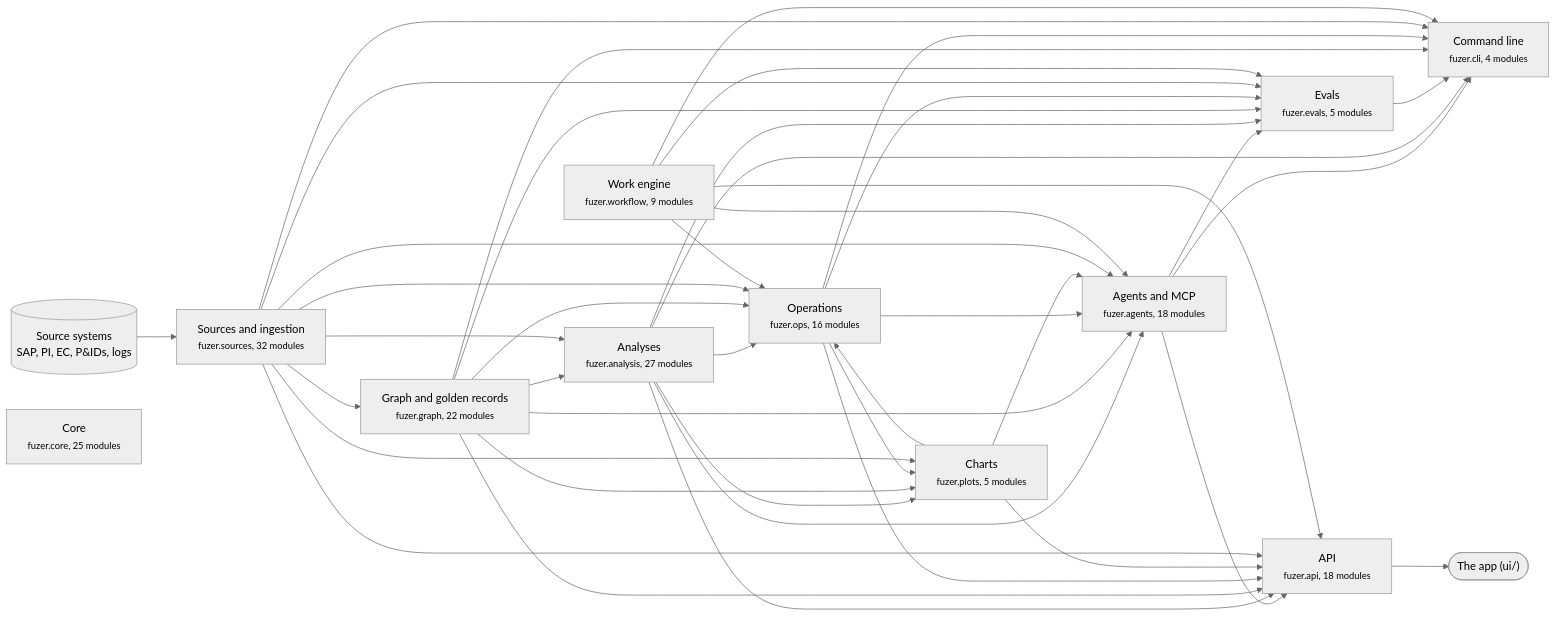
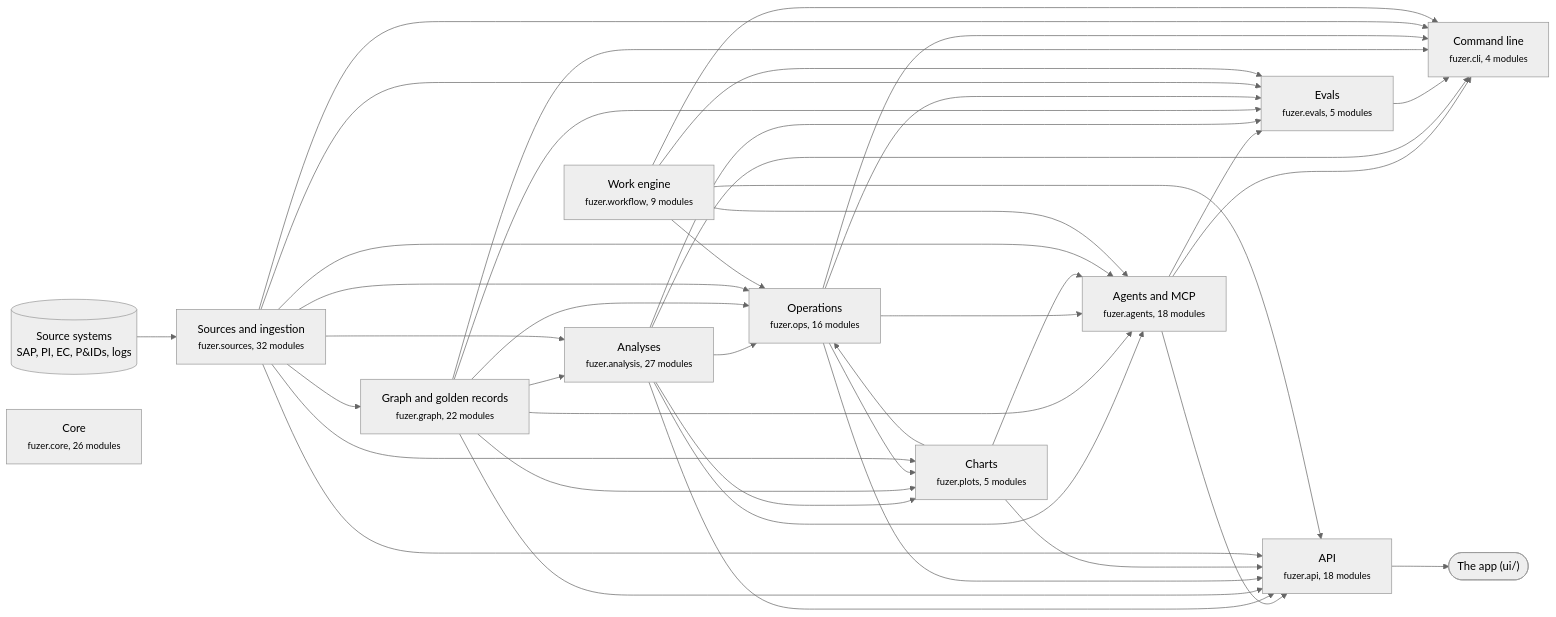
The first of 3 diagrams in docs/architecture.md (areed145/fuzer), drawn with Mermaid (neutral theme) before and after one commit. The commit also changed other lines of this file and 17 other files, not shown here.

````diff
--- a/docs/architecture.md
+++ b/docs/architecture.md
@@ -8,66 +8,66 @@
 ```mermaid
 flowchart LR
   systems[("Source systems<br>SAP, PI, EC, P&IDs, logs")] --> c_sources
   app(["The app (ui/)"])
   c_api --> app
   c_sources["Sources and ingestion<br><small>fuzer.sources, 32 modules</small>"]
   c_graph["Graph and golden records<br><small>fuzer.graph, 22 modules</small>"]
   c_analysis["Analyses<br><small>fuzer.analysis, 27 modules</small>"]
   c_ops["Operations<br><small>fuzer.ops, 16 modules</small>"]
   c_plots["Charts<br><small>fuzer.plots, 5 modules</small>"]
   c_workflow["Work engine<br><small>fuzer.workflow, 9 modules</small>"]
   c_agents["Agents and MCP<br><small>fuzer.agents, 18 modules</small>"]
   c_evals["Evals<br><small>fuzer.evals, 5 modules</small>"]
   c_api["API<br><small>fuzer.api, 18 modules</small>"]
   c_cli["Command line<br><small>fuzer.cli, 4 modules</small>"]
-  c_core["Core<br><small>fuzer.core, 25 modules</small>"]
+  c_core["Core<br><small>fuzer.core, 26 modules</small>"]
   c_sources --> c_graph
   c_graph --> c_analysis
   c_sources --> c_analysis
   c_analysis --> c_ops
   c_graph --> c_ops
   c_plots --> c_ops
   c_sources --> c_ops
   c_workflow --> c_ops
   c_analysis --> c_plots
   c_graph --> c_plots
   c_ops --> c_plots
   c_sources --> c_plots
   c_analysis --> c_agents
   c_graph --> c_agents
   c_ops --> c_agents
   c_plots --> c_agents
   c_sources --> c_agents
   c_workflow --> c_agents
   c_agents --> c_evals
   c_analysis --> c_evals
   c_graph --> c_evals
   c_ops --> c_evals
   c_sources --> c_evals
   c_workflow --> c_evals
   c_agents --> c_api
   c_analysis --> c_api
   c_graph --> c_api
   c_ops --> c_api
   c_plots --> c_api
   c_sources --> c_api
   c_workflow --> c_api
   c_agents --> c_cli
   c_analysis --> c_cli
   c_evals --> c_cli
   c_graph --> c_cli
   c_ops --> c_cli
   c_sources --> c_cli
   c_workflow --> c_cli
   click c_sources "https://github.com/areed145/fuzer/tree/main/src/fuzer/sources"
   click c_graph "https://github.com/areed145/fuzer/tree/main/src/fuzer/graph"
   click c_analysis "https://github.com/areed145/fuzer/tree/main/src/fuzer/analysis"
   click c_ops "https://github.com/areed145/fuzer/tree/main/src/fuzer/ops"
   click c_plots "https://github.com/areed145/fuzer/tree/main/src/fuzer/plots"
   click c_workflow "https://github.com/areed145/fuzer/tree/main/src/fuzer/workflow"
   click c_agents "https://github.com/areed145/fuzer/tree/main/src/fuzer/agents"
   click c_evals "https://github.com/areed145/fuzer/tree/main/src/fuzer/evals"
   click c_api "https://github.com/areed145/fuzer/tree/main/src/fuzer/api"
   click c_cli "https://github.com/areed145/fuzer/tree/main/src/fuzer/cli"
   click c_core "https://github.com/areed145/fuzer/tree/main/src/fuzer/core"
 ```
````
